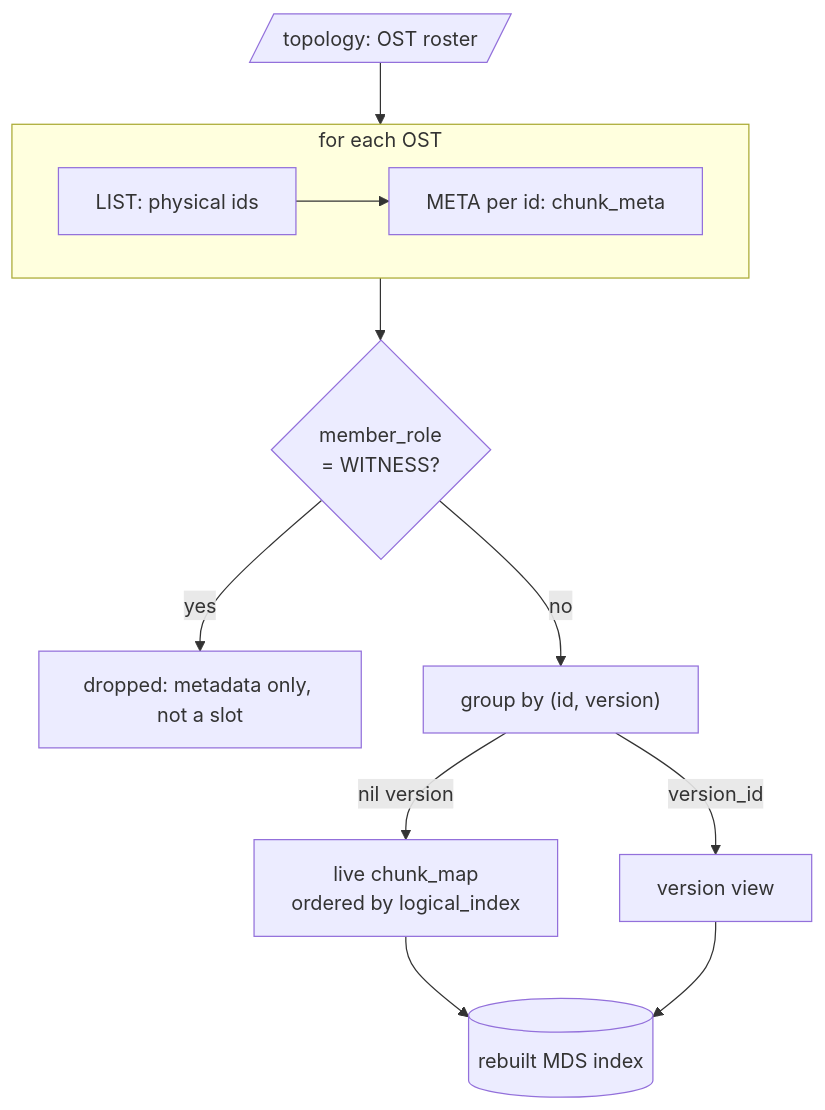
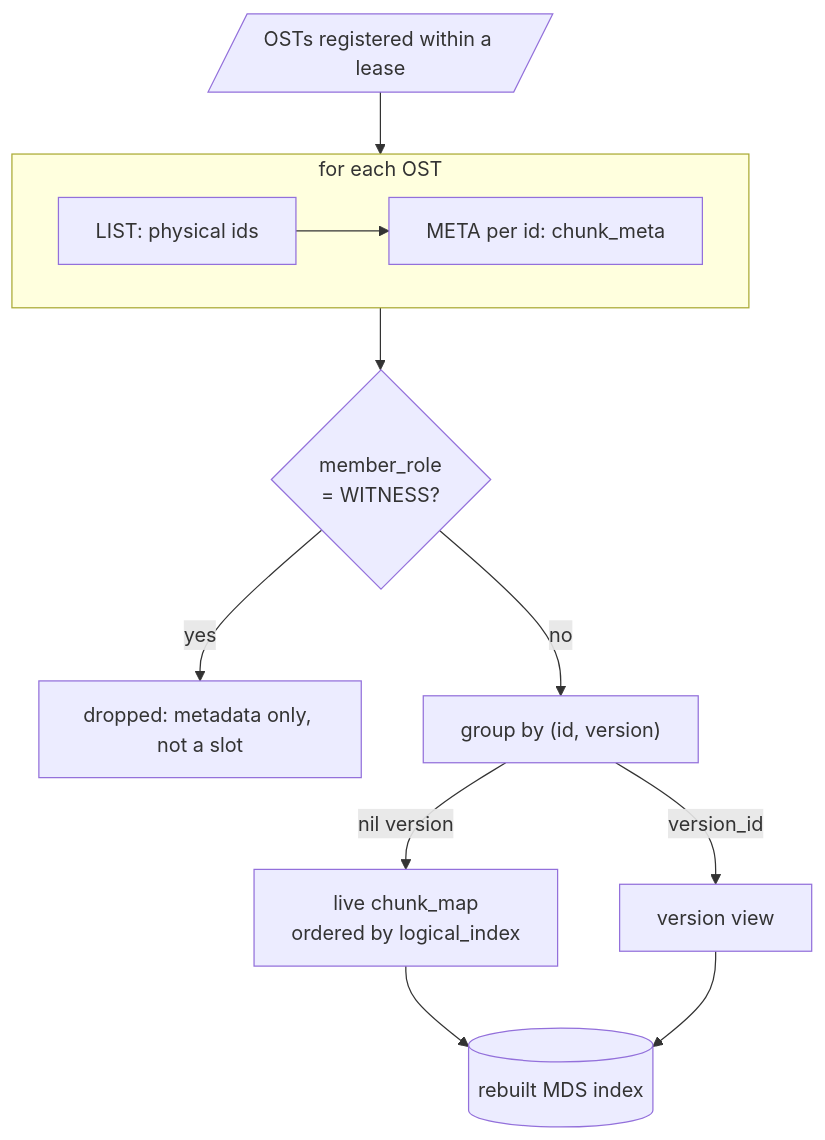
One commit to rawstor/librawstor changed the seventh of 7 diagrams in docs/mds.md. Above: the diagram before and after it, drawn with Mermaid. The commit also changed other lines of this file and 61 other files, not shown here.

````diff
--- a/docs/mds.md
+++ b/docs/mds.md
@@ -1156,15 +1146,15 @@
 ```mermaid
 flowchart TB
-    T[/"topology: OST roster"/] --> Scan
+    T[/"OSTs registered within a lease"/] --> Scan
     subgraph Scan ["for each OST"]
         direction LR
         L["LIST: physical ids"] --> Me["META per id: chunk_meta"]
     end
     Scan --> W{"member_role<br/>= WITNESS?"}
     W -- yes --> Drop["dropped: metadata only, not a slot"]
     W -- no --> G["group by (id, version)"]
     G -- "nil version" --> Live["live chunk_map<br/>ordered by logical_index"]
     G -- "version_id" --> Version["version view"]
     Live --> DB[("rebuilt MDS index")]
     Version --> DB
 ```
````
